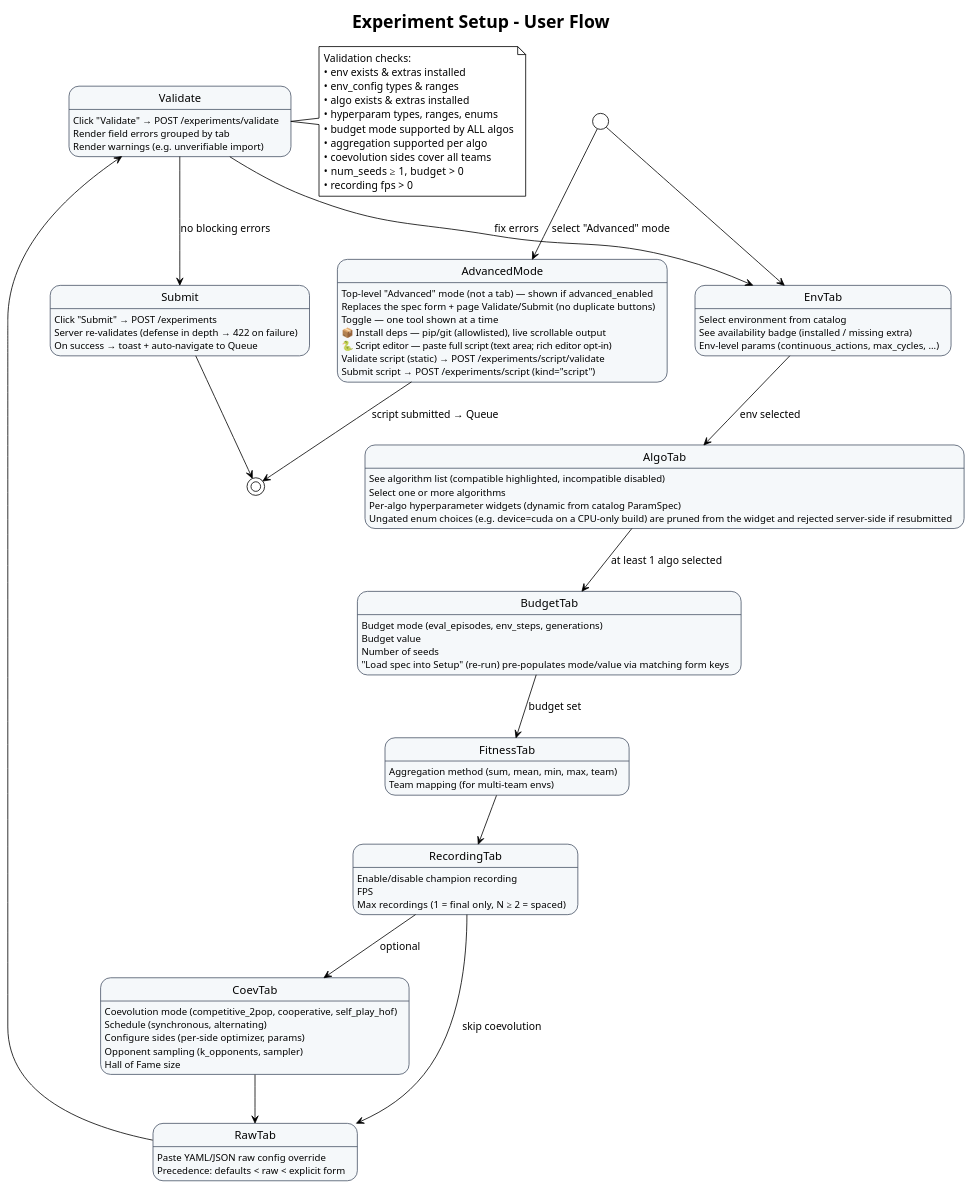
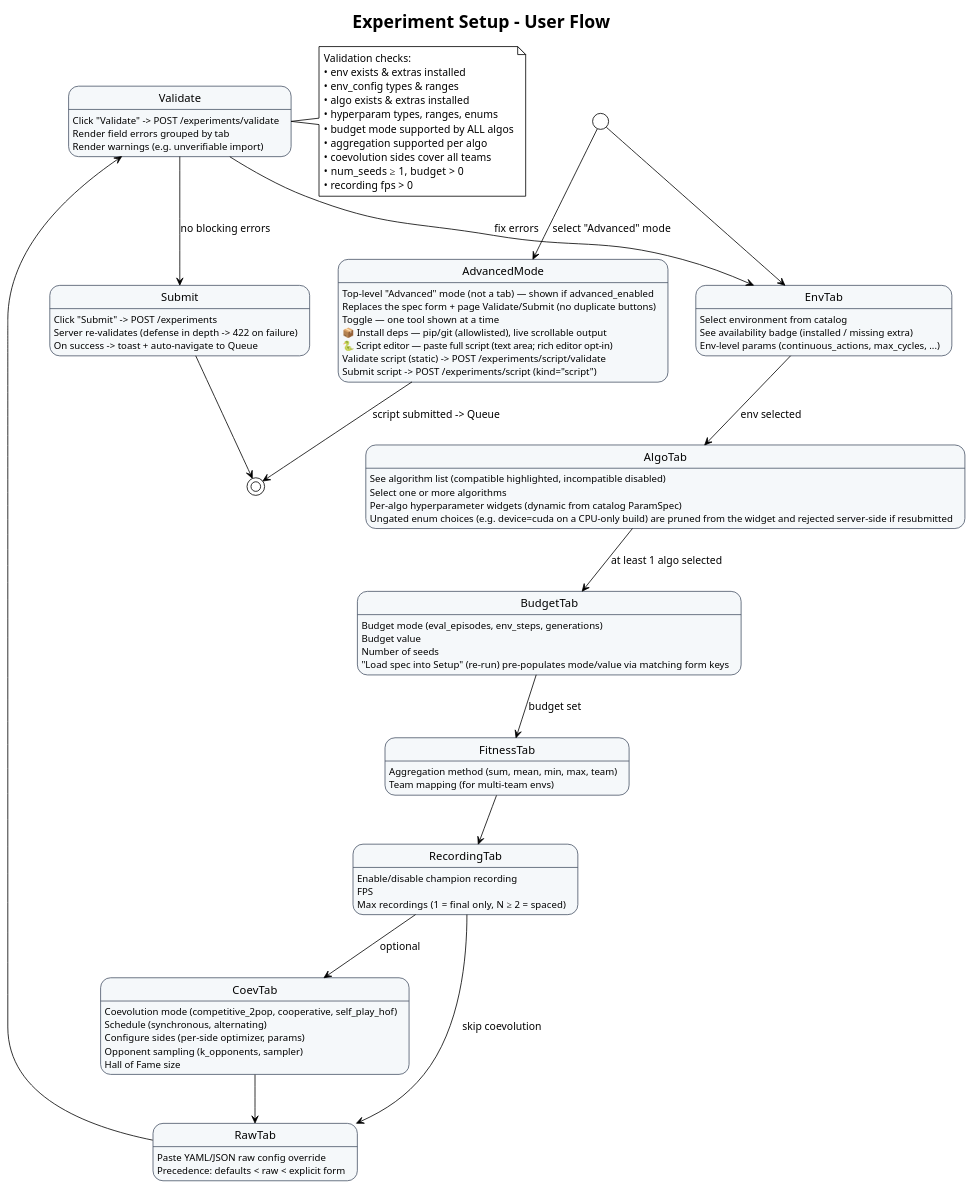
The diagram in docs/UML/user_flow_experiment_setup.puml (Alex180504/DEAP-Zoo-bridge), drawn with PlantUML before and after one commit. The commit also changed 76 other files, not shown here.

```diff
--- a/docs/UML/user_flow_experiment_setup.puml
+++ b/docs/UML/user_flow_experiment_setup.puml
@@ -1,114 +1,114 @@
 @startuml user_flow_experiment_setup
 !theme plain
 title Experiment Setup – User Flow
 
 skinparam state {
   BackgroundColor #F5F8FA
   BorderColor #4A5568
 }
 
 [*] --> EnvTab
 
 state EnvTab {
     EnvTab : Select environment from catalog
     EnvTab : See availability badge (installed / missing extra)
     EnvTab : Env-level params (continuous_actions, max_cycles, ...)
 }
 
 EnvTab --> AlgoTab : env selected
 
 state AlgoTab {
     AlgoTab : See algorithm list (compatible highlighted, incompatible disabled)
     AlgoTab : Select one or more algorithms
     AlgoTab : Per-algo hyperparameter widgets (dynamic from catalog ParamSpec)
     AlgoTab : Ungated enum choices (e.g. device=cuda on a CPU-only build) are pruned from the widget and rejected server-side if resubmitted
 }
 
 AlgoTab --> BudgetTab : at least 1 algo selected
 
 state BudgetTab {
     BudgetTab : Budget mode (eval_episodes, env_steps, generations)
     BudgetTab : Budget value
     BudgetTab : Number of seeds
     BudgetTab : "Load spec into Setup" (re-run) pre-populates mode/value via matching form keys
 }
 
 BudgetTab --> FitnessTab : budget set
 
 state FitnessTab {
     FitnessTab : Aggregation method (sum, mean, min, max, team)
     FitnessTab : Team mapping (for multi-team envs)
 }
 
 FitnessTab --> RecordingTab
 
 state RecordingTab {
     RecordingTab : Enable/disable champion recording
     RecordingTab : FPS
     RecordingTab : Max recordings (1 = final only, N ≥ 2 = spaced)
 }
 
 RecordingTab --> CoevTab : optional
 RecordingTab --> RawTab : skip coevolution
 
 state CoevTab {
     CoevTab : Coevolution mode (competitive_2pop, cooperative, self_play_hof)
     CoevTab : Schedule (synchronous, alternating)
     CoevTab : Configure sides (per-side optimizer, params)
     CoevTab : Opponent sampling (k_opponents, sampler)
     CoevTab : Hall of Fame size
 }
 
 CoevTab --> RawTab
 
 state RawTab {
     RawTab : Paste YAML/JSON raw config override
     RawTab : Precedence: defaults < raw < explicit form
 }
 
 RawTab --> Validate
 
 state AdvancedMode {
     AdvancedMode : Top-level "Advanced" mode (not a tab) — shown if advanced_enabled
     AdvancedMode : Replaces the spec form + page Validate/Submit (no duplicate buttons)
     AdvancedMode : Toggle — one tool shown at a time
     AdvancedMode : 📦 Install deps — pip/git (allowlisted), live scrollable output
     AdvancedMode : 🐍 Script editor — paste full script (text area; rich editor opt-in)
-    AdvancedMode : Validate script (static) → POST /experiments/script/validate
-    AdvancedMode : Submit script → POST /experiments/script (kind="script")
+    AdvancedMode : Validate script (static) -> POST /experiments/script/validate
+    AdvancedMode : Submit script -> POST /experiments/script (kind="script")
 }
 
 [*] --> AdvancedMode : select "Advanced" mode
-AdvancedMode --> [*] : script submitted → Queue
+AdvancedMode --> [*] : script submitted -> Queue
 
 state Validate {
-    Validate : Click "Validate" → POST /experiments/validate
+    Validate : Click "Validate" -> POST /experiments/validate
     Validate : Render field errors grouped by tab
     Validate : Render warnings (e.g. unverifiable import)
 }
 
 Validate --> Submit : no blocking errors
 Validate --> EnvTab : fix errors
 
 state Submit {
-    Submit : Click "Submit" → POST /experiments
-    Submit : Server re-validates (defense in depth → 422 on failure)
-    Submit : On success → toast + auto-navigate to Queue
+    Submit : Click "Submit" -> POST /experiments
+    Submit : Server re-validates (defense in depth -> 422 on failure)
+    Submit : On success -> toast + auto-navigate to Queue
 }
 
 Submit --> [*]
 
 note right of Validate
   Validation checks:
   • env exists & extras installed
   • env_config types & ranges
   • algo exists & extras installed
   • hyperparam types, ranges, enums
   • budget mode supported by ALL algos
   • aggregation supported per algo
   • coevolution sides cover all teams
   • num_seeds ≥ 1, budget > 0
   • recording fps > 0
 end note
 
 @enduml
```
